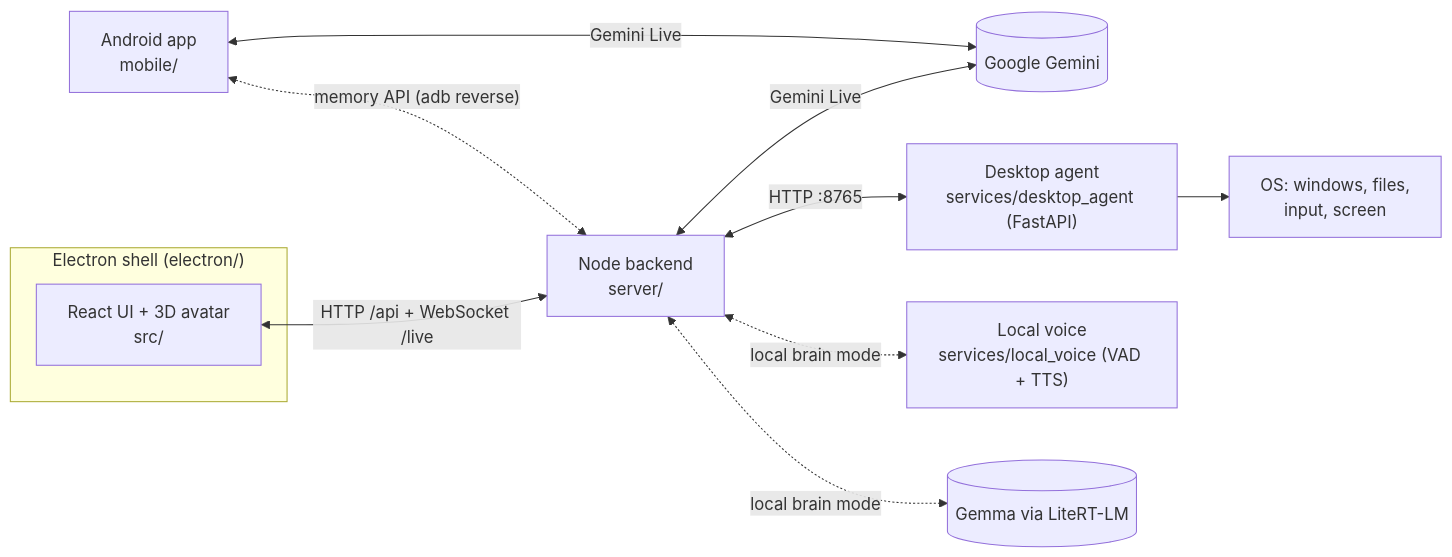
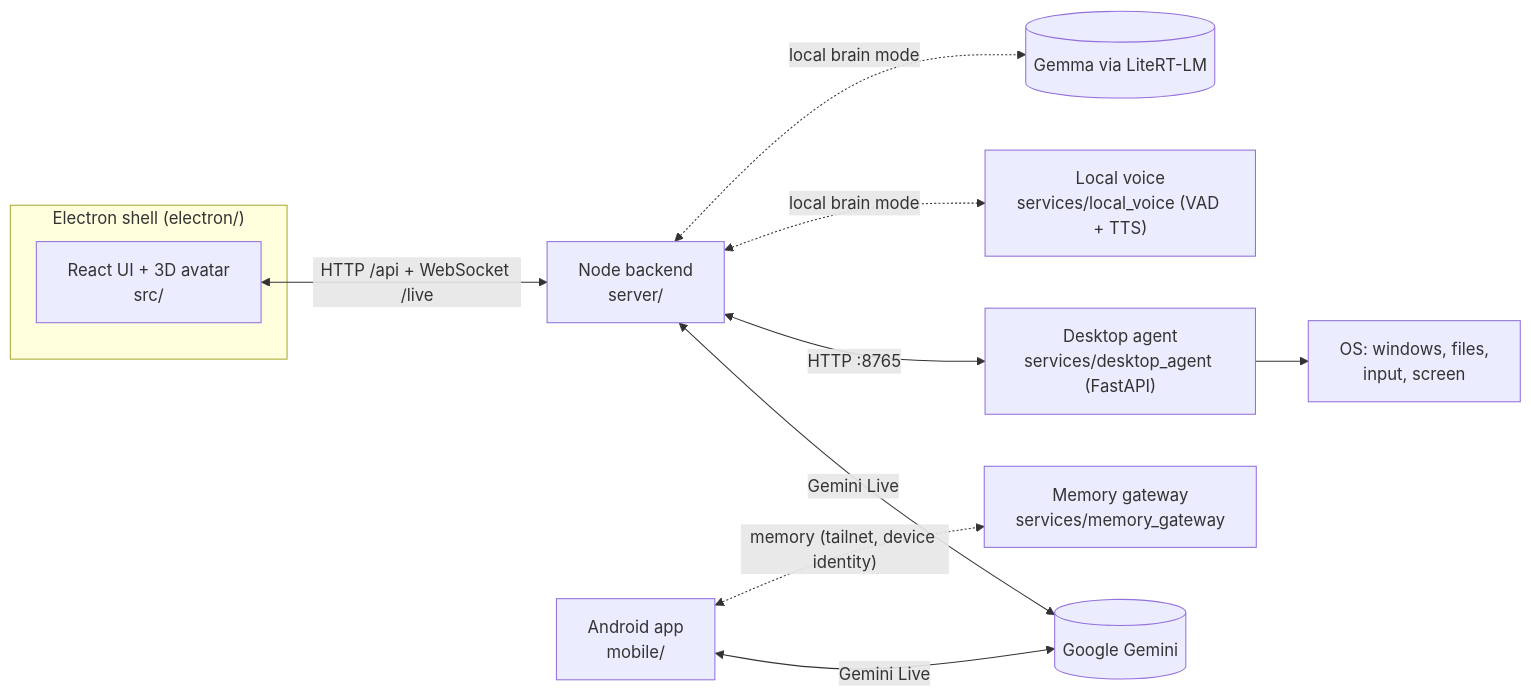
One commit to samarthrao34/SIYA changed the first of 2 diagrams in README.md. Above: the diagram before and after it, drawn with Mermaid. The commit also changed other lines of this file and 24 other files, not shown here.

````diff
--- a/README.md
+++ b/README.md
@@ -56,14 +58,14 @@
 ```mermaid
 flowchart LR
   subgraph Electron["Electron shell (electron/)"]
     UI["React UI + 3D avatar<br/>src/"]
   end
   UI <-- "HTTP /api + WebSocket /live" --> Server["Node backend<br/>server/"]
   Server <-- "Gemini Live" --> Gemini[(Google Gemini)]
   Server <-- "HTTP :8765" --> Agent["Desktop agent<br/>services/desktop_agent (FastAPI)"]
   Server <-. "local brain mode" .-> Voice["Local voice<br/>services/local_voice (VAD + TTS)"]
   Server <-. "local brain mode" .-> LLM[(Gemma via LiteRT-LM)]
   Agent --> OS["OS: windows, files,<br/>input, screen"]
   Phone["Android app<br/>mobile/"] <-- "Gemini Live" --> Gemini
-  Phone <-. "memory API (adb reverse)" .-> Server
+  Phone <-. "memory (tailnet, device identity)" .-> MemGW["Memory gateway<br/>services/memory_gateway"]
 ```
````
